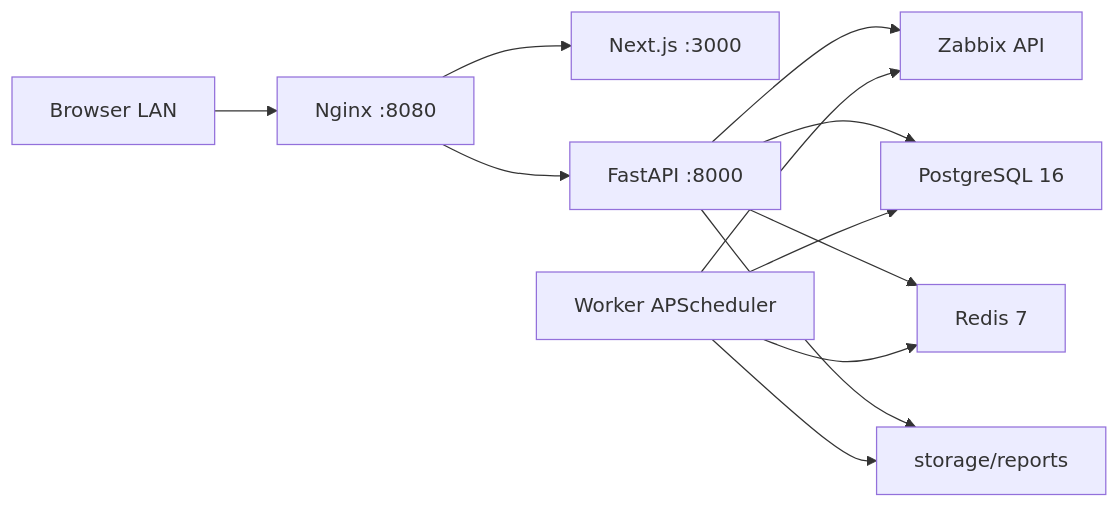
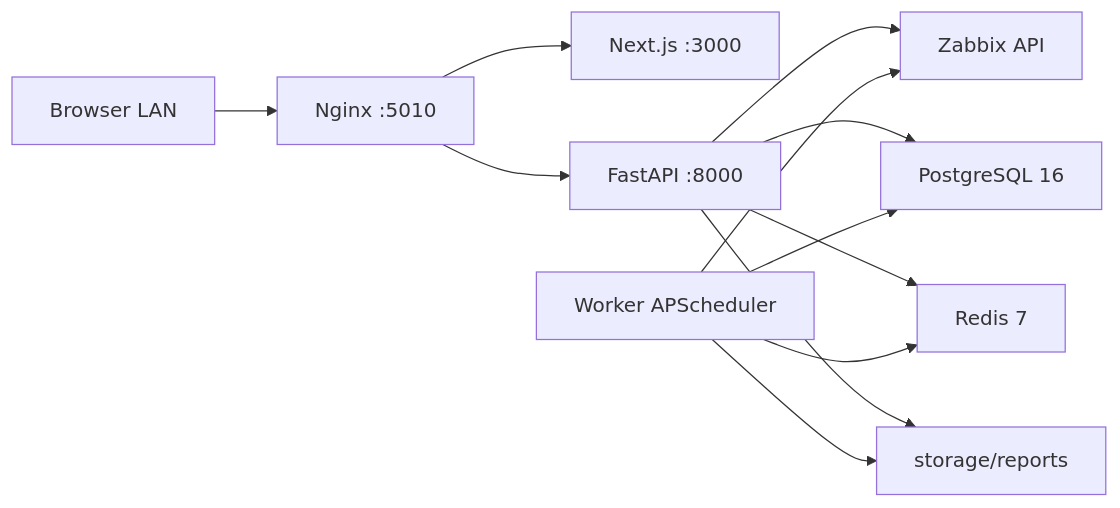
The diagram in README.md (dimantaka00/zabbix-report-exporter), drawn with Mermaid before and after one commit. The commit also changed other lines of this file and 10 other files, not shown here.

````diff
--- a/README.md
+++ b/README.md
@@ -48,14 +48,14 @@
 ```mermaid
 flowchart LR
-  U[Browser LAN] --> N[Nginx :8080]
+  U[Browser LAN] --> N[Nginx :5010]
   N --> F[Next.js :3000]
   N --> B[FastAPI :8000]
   B --> Z[Zabbix API]
   B --> P[PostgreSQL 16]
   B --> R[Redis 7]
   W[Worker APScheduler] --> Z
   W --> P
   W --> R
   B --> S[storage/reports]
   W --> S
 ```
````
